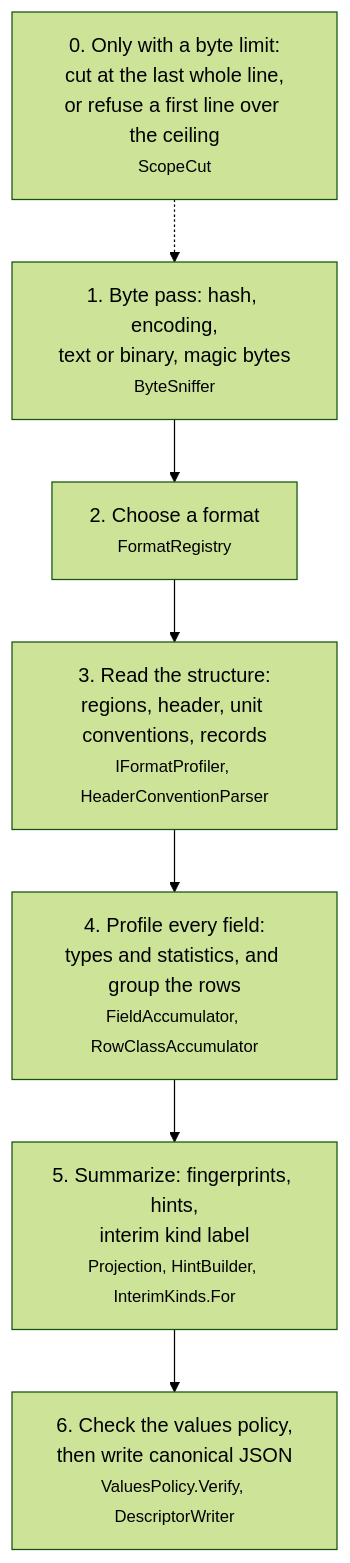
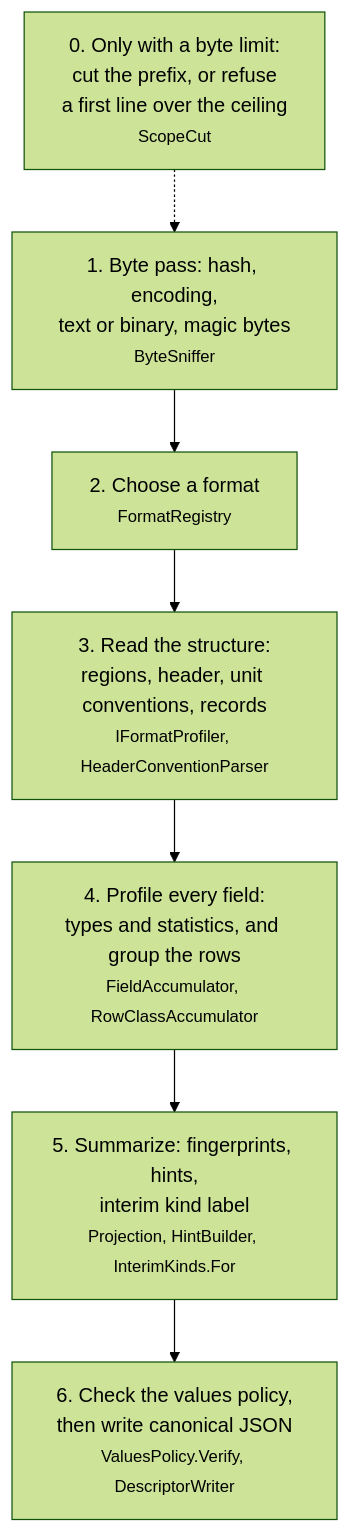
The second of 33 diagrams in docs/how-it-works.md (squalor-xyz/squalify), drawn with Mermaid (forest theme) before and after one commit. The commit also changed other lines of this file and 10 other files, not shown here.

````diff
--- a/docs/how-it-works.md
+++ b/docs/how-it-works.md
@@ -28,9 +28,9 @@
 ```mermaid
 flowchart TD
-    Z["0. Only with a byte limit:<br/>cut at the last whole line,<br/>or refuse a first line over the ceiling<br/><small>ScopeCut</small>"] -.-> A
+    Z["0. Only with a byte limit:<br/>cut the prefix, or refuse<br/>a first line over the ceiling<br/><small>ScopeCut</small>"] -.-> A
     A["1. Byte pass: hash, encoding,<br/>text or binary, magic bytes<br/><small>ByteSniffer</small>"] --> B["2. Choose a format<br/><small>FormatRegistry</small>"]
     B --> C["3. Read the structure:<br/>regions, header, unit conventions, records<br/><small>IFormatProfiler, HeaderConventionParser</small>"]
     C --> D["4. Profile every field:<br/>types and statistics, and group the rows<br/><small>FieldAccumulator, RowClassAccumulator</small>"]
     D --> E["5. Summarize: fingerprints, hints,<br/>interim kind label<br/><small>Projection, HintBuilder, InterimKinds.For</small>"]
     E --> F["6. Check the values policy,<br/>then write canonical JSON<br/><small>ValuesPolicy.Verify, DescriptorWriter</small>"]
 ```
````
